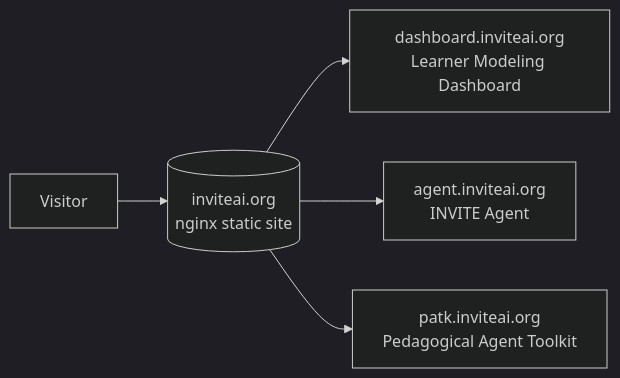
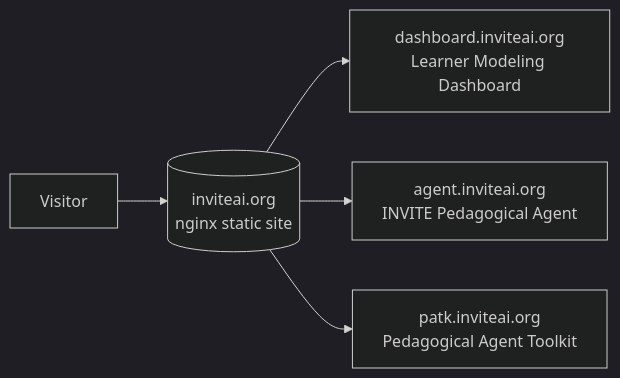
One commit to InviteInstitute/invite-web changed the diagram in README.md. Above: the diagram before and after it, drawn with Mermaid (dark theme). The commit also changed other lines of this file and 4 other files, not shown here.

````diff
--- a/README.md
+++ b/README.md
@@ -15,7 +16,7 @@
 ```mermaid
 flowchart LR
     visitor["Visitor"] --> site[("inviteai.org<br/>nginx static site")]
     site --> dash["dashboard.inviteai.org<br/>Learner Modeling Dashboard"]
-    site --> agent["agent.inviteai.org<br/>INVITE Agent"]
+    site --> agent["agent.inviteai.org<br/>INVITE Pedagogical Agent"]
     site --> patk["patk.inviteai.org<br/>Pedagogical Agent Toolkit"]
 ```
````
